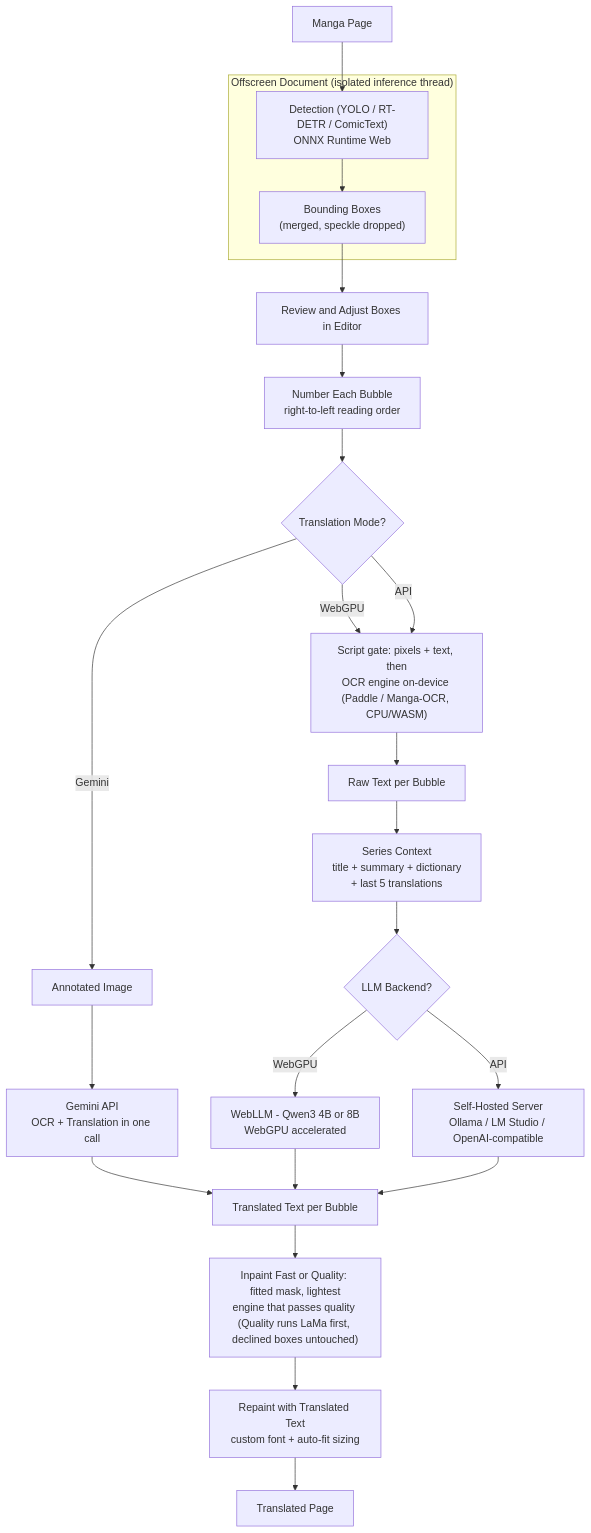
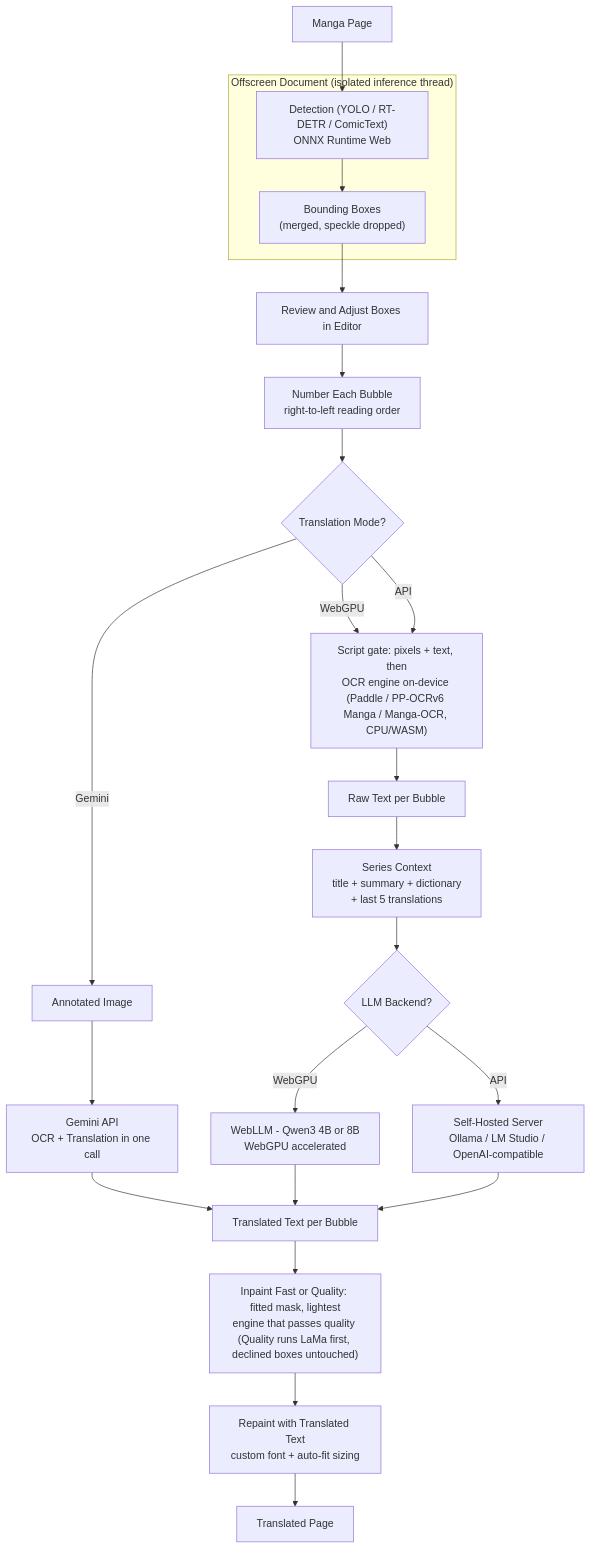
The diagram in README.md (mrdhnto/libre-manga-translator), drawn with Mermaid before and after one commit. The commit also changed other lines of this file and 17 other files, not shown here.

First line of the commit message:
feat(ocr): add PP-OCRv6 small Manga model model for manga and improve UI/UX

````diff
--- a/README.md
+++ b/README.md
@@ -70,45 +70,45 @@
 ```mermaid
 graph TD
     Img[Manga Page] --> Detect
 
     subgraph offscreen ["Offscreen Document (isolated inference thread)"]
         Detect["Detection (YOLO / RT-DETR / ComicText)
 ONNX Runtime Web"]
         Detect --> Boxes["Bounding Boxes
 (merged, speckle dropped)"]
     end
 
     Boxes --> Refine[Review and Adjust Boxes in Editor]
     Refine --> Annotate["Number Each Bubble
 right-to-left reading order"]
     Annotate --> Mode{Translation Mode?}
 
     Mode -->|Gemini| CloudImg[Annotated Image]
     CloudImg --> Gemini["Gemini API
 OCR + Translation in one call"]
     Gemini --> Text
 
     Mode -->|WebGPU| OCR["Script gate: pixels + text, then
-OCR engine on-device (Paddle / Manga-OCR, CPU/WASM)"]
+OCR engine on-device (Paddle / PP-OCRv6 Manga / Manga-OCR, CPU/WASM)"]
     Mode -->|API| OCR
 
     OCR --> Raw[Raw Text per Bubble]
     Raw --> Ctx["Series Context
 title + summary + dictionary
 + last 5 translations"]
     Ctx --> LLM{LLM Backend?}
 
     LLM -->|WebGPU| WebLLM["WebLLM - Qwen3 4B or 8B
 WebGPU accelerated"]
     LLM -->|API| Server["Self-Hosted Server
 Ollama / LM Studio / OpenAI-compatible"]
 
     WebLLM --> Text[Translated Text per Bubble]
     Server --> Text
 
     Text --> Inpaint["Inpaint Fast or Quality: fitted mask, lightest
 engine that passes quality (Quality runs LaMa first, declined boxes untouched)"]
     Inpaint --> Paint["Repaint with Translated Text
 custom font + auto-fit sizing"]
     Paint --> Result[Translated Page]
 ```
````
